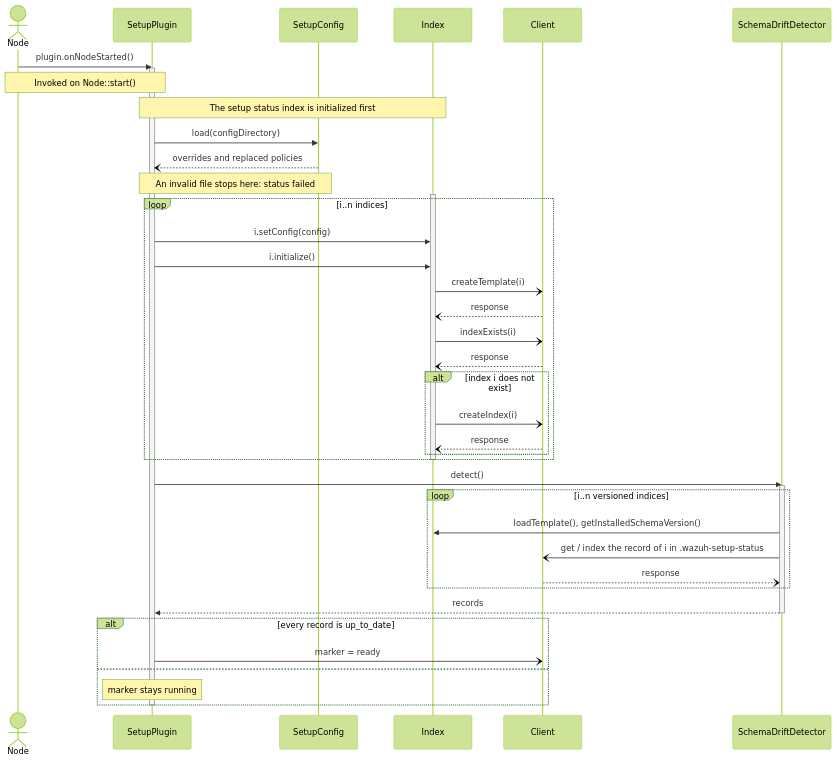
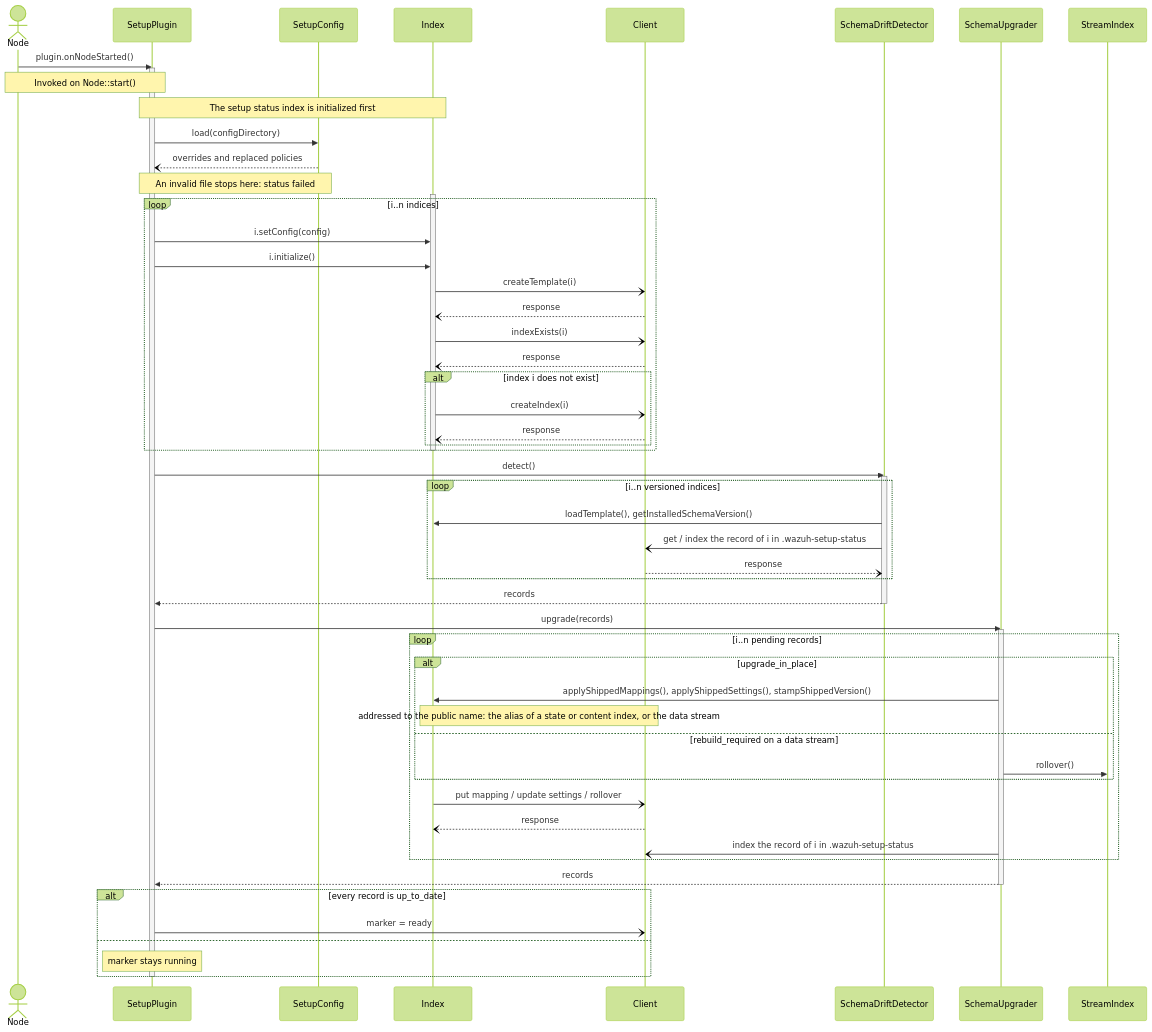
Before and after one commit to wazuh/wazuh-indexer-plugins: the second of 2 diagrams in docs/dev/plugins/setup.md, drawn with Mermaid (forest theme). The commit also changed other lines of this file and 11 other files, not shown here.

Commit message:
Upgrade in place the indices at a compatible schema version and roll over the streams whose change is breaking (#1845)

````diff
--- a/docs/dev/plugins/setup.md
+++ b/docs/dev/plugins/setup.md
@@ -107,52 +125,69 @@
 ```mermaid
 sequenceDiagram
     actor Node
     participant SetupPlugin
     participant SetupConfig
     participant Index
     participant Client
     Node->>SetupPlugin: plugin.onNodeStarted()
     activate SetupPlugin
     Note over Node,SetupPlugin: Invoked on Node::start()
 
     Note over SetupPlugin,Index: The setup status index is initialized first
     SetupPlugin->>SetupConfig: load(configDirectory)
     SetupConfig--)SetupPlugin: overrides and replaced policies
     Note over SetupPlugin,SetupConfig: An invalid file stops here: status failed
 
     activate Index
     loop i..n indices
         SetupPlugin->>Index: i.setConfig(config)
         SetupPlugin->>Index: i.initialize()
 
 
         Index-)Client: createTemplate(i)
         Client--)Index: response
 
         Index-)Client: indexExists(i)
         Client--)Index: response
         alt index i does not exist
             Index-)Client: createIndex(i)
             Client--)Index: response
         end
     end
 
     deactivate Index
 
     participant SchemaDriftDetector
     SetupPlugin->>SchemaDriftDetector: detect()
     activate SchemaDriftDetector
     loop i..n versioned indices
         SchemaDriftDetector->>Index: loadTemplate(), getInstalledSchemaVersion()
         SchemaDriftDetector-)Client: get / index the record of i in .wazuh-setup-status
         Client--)SchemaDriftDetector: response
     end
     SchemaDriftDetector-->>SetupPlugin: records
     deactivate SchemaDriftDetector
+
+    participant SchemaUpgrader
+    SetupPlugin->>SchemaUpgrader: upgrade(records)
+    activate SchemaUpgrader
+    loop i..n pending records
+        alt upgrade_in_place
+            SchemaUpgrader->>Index: applyShippedMappings(), applyShippedSettings(), stampShippedVersion()
+            Note over Index,Client: addressed to the public name: the alias of a state or content index, or the data stream
+        else rebuild_required on a data stream
+            SchemaUpgrader->>StreamIndex: rollover()
+        end
+        Index-)Client: put mapping / update settings / rollover
+        Client--)Index: response
+        SchemaUpgrader-)Client: index the record of i in .wazuh-setup-status
+    end
+    SchemaUpgrader-->>SetupPlugin: records
+    deactivate SchemaUpgrader
     alt every record is up_to_date
         SetupPlugin-)Client: marker = ready
     else
         Note over SetupPlugin: marker stays running
     end
     deactivate SetupPlugin
 ```
````
